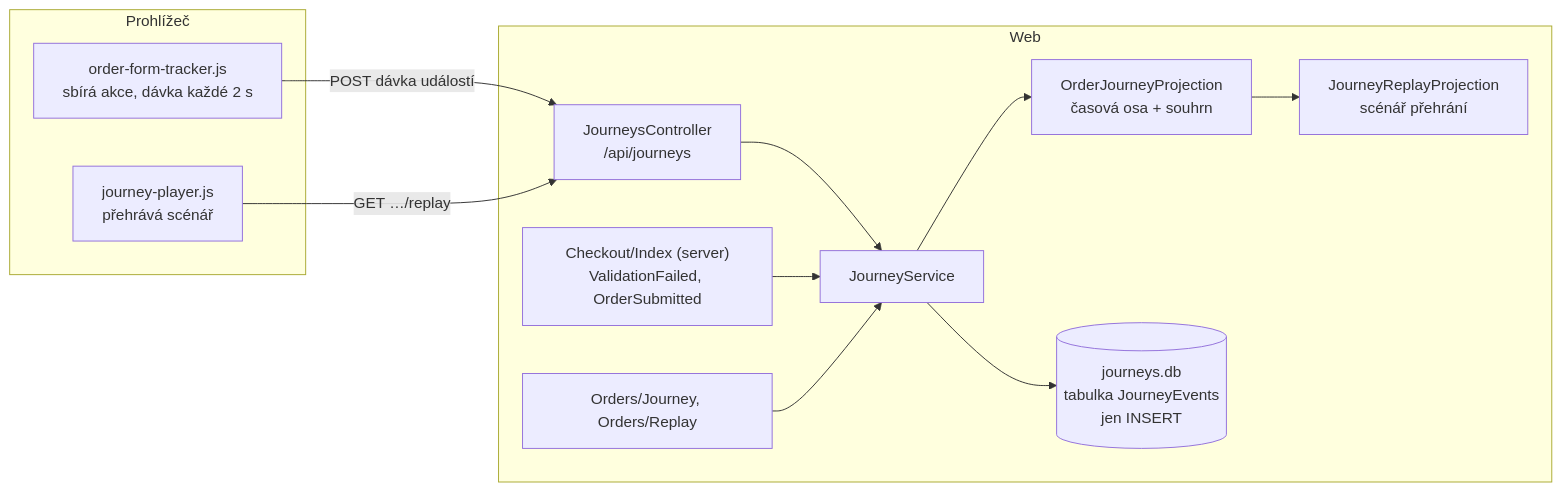
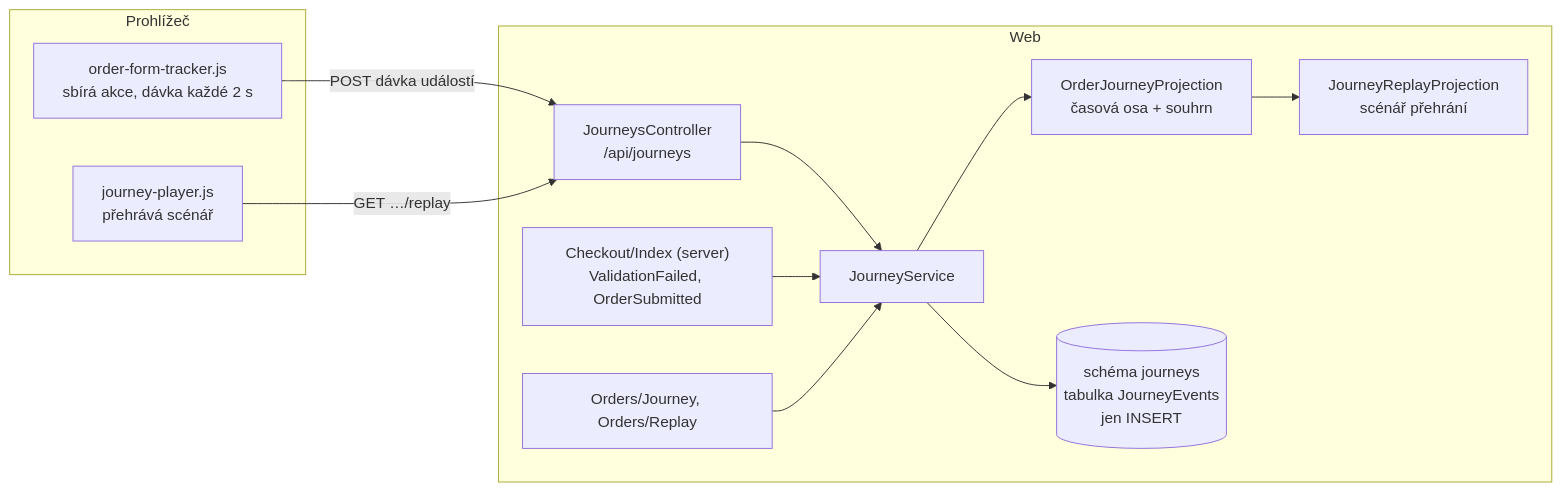
The diagram in docs/prirucka/architektura/moduly/journeys.md (ftichy/MiniShop), drawn with Mermaid before and after one commit. The commit also changed other lines of this file and 248 other files, not shown here.

````diff
--- a/docs/prirucka/architektura/moduly/journeys.md
+++ b/docs/prirucka/architektura/moduly/journeys.md
@@ -12,31 +12,31 @@
 ```mermaid
 flowchart LR
     subgraph browser["Prohlížeč"]
         tracker["order-form-tracker.js<br/>sbírá akce, dávka každé 2 s"]
         player["journey-player.js<br/>přehrává scénář"]
     end
 
     subgraph web["Web"]
         ctrl["JourneysController<br/>/api/journeys"]
         page["Checkout/Index (server)<br/>ValidationFailed, OrderSubmitted"]
         pages["Orders/Journey, Orders/Replay"]
         svc["JourneyService"]
         p1["OrderJourneyProjection<br/>časová osa + souhrn"]
         p2["JourneyReplayProjection<br/>scénář přehrání"]
-        db[("journeys.db<br/>tabulka JourneyEvents<br/>jen INSERT")]
+        db[("schéma journeys<br/>tabulka JourneyEvents<br/>jen INSERT")]
     end
 
     tracker -->|"POST dávka událostí"| ctrl
     ctrl --> svc
     page --> svc
     svc --> db
     pages --> svc
     svc --> p1
     p1 --> p2
     player -->|"GET …/replay"| ctrl
 
     click svc "/Docs/eda/proud-udalosti"
     click p1 "/Docs/eda/proud-udalosti"
     click p2 "/Docs/eda/proud-udalosti"
     click tracker "/Docs/toky/prubeh-formulare"
 ```
````
